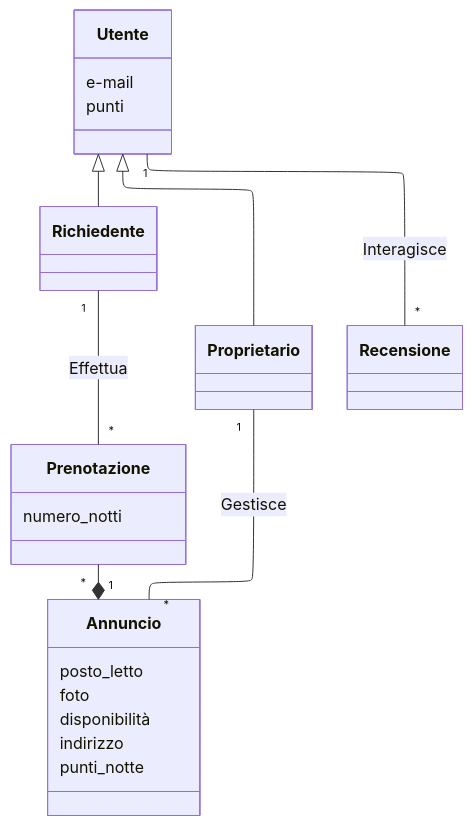
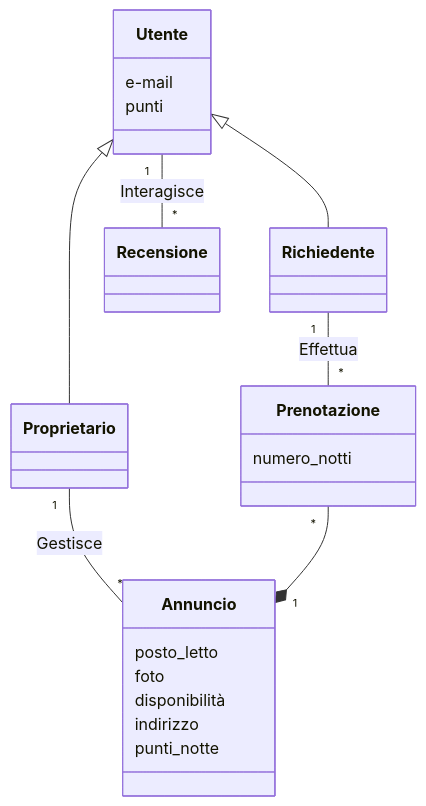
Before and after one commit to Firi0n/appunti-unipi: the diagram in src/content/docs/software_engineering/UniRoomShare/UniRoomShare.md, drawn with Mermaid. The commit also changed 12 other files, not shown here.

````diff
--- a/src/content/docs/software_engineering/UniRoomShare/UniRoomShare.md
+++ b/src/content/docs/software_engineering/UniRoomShare/UniRoomShare.md
@@ -73,34 +73,30 @@
 ```mermaid
----
-config:
-   layout: elk
----
 classDiagram
     class Utente{
         e-mail
         punti
     }
     class Richiedente{
     }
     class Proprietario{
     }
     class Annuncio{
         posto_letto
         foto
         disponibilità
         indirizzo
         punti_notte
     }
     class Prenotazione{
         numero_notti
     }
     class Recensione{
     }
 
     Utente <|-- Richiedente
     Utente <|-- Proprietario
     Proprietario "1" -- "*" Annuncio : Gestisce
     Richiedente "1" -- "*" Prenotazione : Effettua
     Prenotazione "*" --* "1" Annuncio
     Utente "1" -- "*" Recensione : Interagisce
 ```
````
